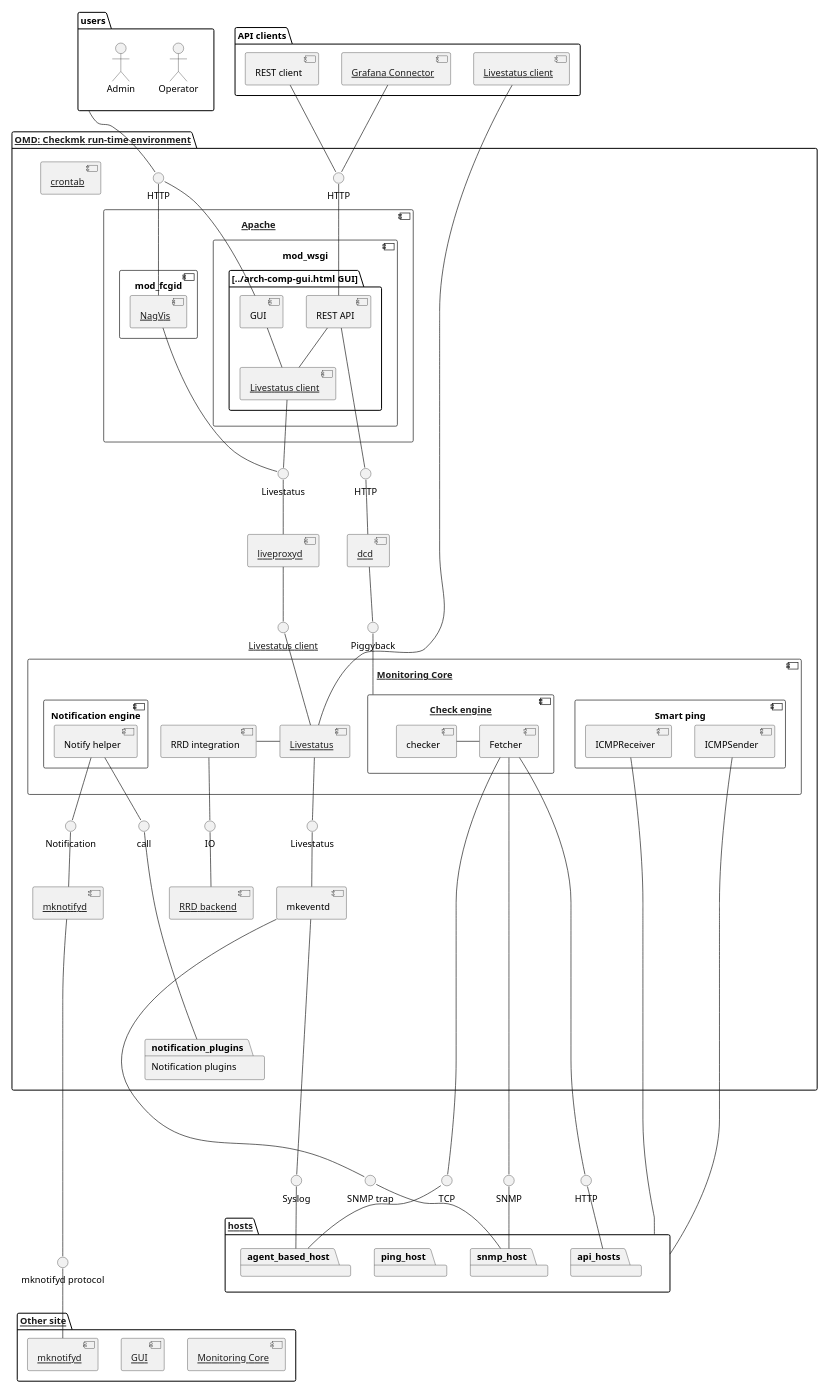
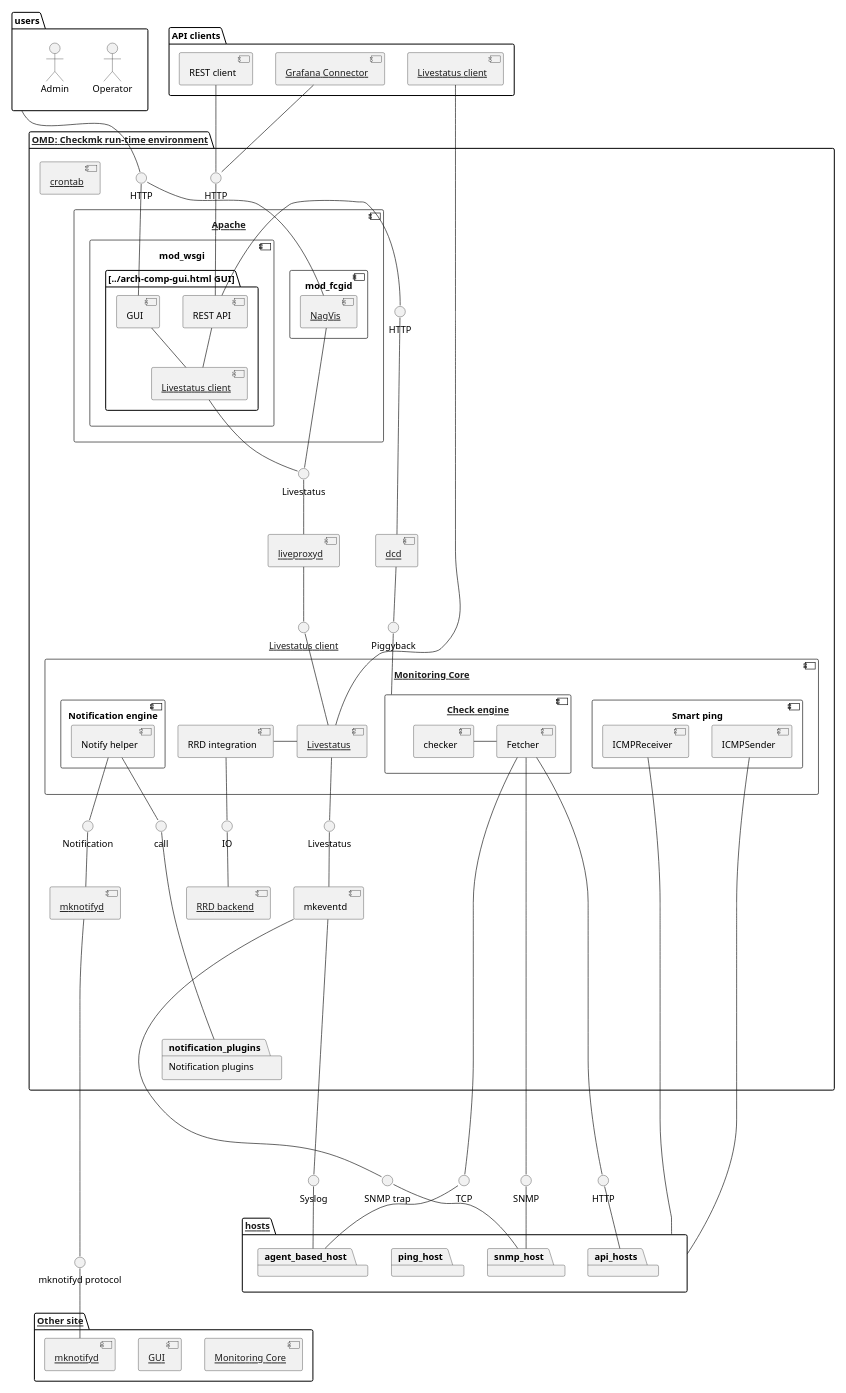
Before and after one commit to Checkmk/checkmk: the diagram in doc/documentation/topology.puml, drawn with PlantUML. The commit also changed 7 other files, not shown here.

```diff
--- a/doc/documentation/topology.puml
+++ b/doc/documentation/topology.puml
@@ -1,147 +1,147 @@
 @startuml
 skinparam componentStyle uml2
 skinparam monochrome true
 ' Remove shadows
 skinparam shadowing false
 scale 0.6
 
 package users {
     actor "Operator" as operator
     actor "Admin" as admin
 }
 
 package "API clients" as api_clients {
     component "[[../arch-comp-grafana-connector.html Grafana Connector]]" as grafana_connector
     component "REST client" as rest_api_client
     component "[[../arch-comp-livestatus-client.html Livestatus client]]" as external_livestatus_client
 }
 
 package "[[../arch-comp-omd.html OMD: Checkmk run-time environment]]" as omd {
     interface HTTP as http_gui
     interface HTTP as http_rest_api
     component "[[../arch-comp-apache.html Apache]]" as apache {
         component "mod_wsgi" as mod_wsgi {
             package "[[../arch-comp-gui.html GUI]]" {
                 component GUI
                 component "REST API" as rest_api
                 component "[[../arch-comp-livestatus-client.html Livestatus client]]" as apache_livestatus_client
             }
         }
         component mod_fcgid {
             component "[[../arch-comp-nagvis.html NagVis]]" as nagvis
         }
     }
     interface Livestatus as apache_livestatus
 
     component "[[../arch-comp-core.html Monitoring Core]]" as cmc {
         component "RRD integration" as rrd_integration
         component "[[../arch-comp-livestatus.html Livestatus]]" as cmc_livestatus_server
         component "[[../arch-comp-checkengine.html Check engine]]" as check_engine {
             component checker
             component Fetcher
         }
         component "Smart ping" as smart_ping {
             component ICMPReceiver
             component ICMPSender
         }
         component "Notification engine" as cmc_notify {
             component "Notify helper" as notify_helper
         }
     }
     interface "call" as call_notification_plugins
 
     component "[[../arch-comp-crontab.html crontab]]" as crontab
 
     component "[[../arch-comp-liveproxyd.html liveproxyd]]" as liveproxyd
     interface "[[../arch-comp-livestatus-client.html Livestatus client]]" as liveproxyd_livestatus_client
 
     component "[[../arch-comp-dcd.html dcd]]" as dcd
     interface "HTTP" as dcd_web_api_client
     interface Piggyback as dcd_piggyback
 
     component mkeventd
     interface Livestatus as mkeventd_livestatus
 
     component "[[../arch-comp-mknotifyd.html mknotifyd]]" as mknotifyd
     interface Notification as mknotifyd_notification
 
     component "[[../arch-comp-rrd-backend.html RRD backend]]" as rrd_backend
     interface "IO" as rrd_io
 
     package "Notification plugins" as notification_plugins
 }
 
 package "[[../arch-comp-distributed.html Other site]]" as other_site {
     component "[[../arch-comp-core.html Monitoring Core]]" as cmc_other_site
     component "[[../arch-comp-gui.html GUI]]" as gui_other_site
     component "[[../arch-comp-mknotifyd.html mknotifyd]]" as mknotifyd_other_site
 }
 interface "mknotifyd protocol" as mknotifyd_protocol
 
 package "[[../arch-comp-hosts.html hosts]]" as hosts {
     package agent_based_host
     package snmp_host
     package ping_host
     package api_hosts
 }
 interface TCP
 interface Syslog
 interface SNMP
 interface "SNMP trap" as trap
 interface HTTP as api_hosts_http
 
-users -d- http_gui
-rest_api_client -d- http_rest_api
-grafana_connector -d- http_rest_api
+users -- http_gui
+rest_api_client -- http_rest_api
+grafana_connector -- http_rest_api
 
-http_gui -d- GUI
-http_gui -d- nagvis
-http_rest_api -d- rest_api
+http_gui -- GUI
+http_gui -- nagvis
+http_rest_api -- rest_api
 
-GUI -d- apache_livestatus_client
-rest_api -d- apache_livestatus_client
-apache_livestatus_client -d- apache_livestatus
-nagvis -d- apache_livestatus
-apache_livestatus -d- liveproxyd
+GUI -- apache_livestatus_client
+rest_api -- apache_livestatus_client
+apache_livestatus_client -- apache_livestatus
+nagvis -- apache_livestatus
+apache_livestatus -- liveproxyd
 
-liveproxyd -d- liveproxyd_livestatus_client
-liveproxyd_livestatus_client -d- cmc_livestatus_server
+liveproxyd -- liveproxyd_livestatus_client
+liveproxyd_livestatus_client -- cmc_livestatus_server
 
-dcd -u- dcd_web_api_client
-dcd -d- dcd_piggyback
-dcd_web_api_client -l- rest_api
-dcd_piggyback -d- check_engine
+dcd_web_api_client -- dcd
+dcd -- dcd_piggyback
+dcd_web_api_client - rest_api
+dcd_piggyback -- check_engine
 
 ' Help visualization
 notify_helper -[hidden]r-> rrd_integration
-rrd_integration -r- cmc_livestatus_server
-checker -r- Fetcher
+rrd_integration - cmc_livestatus_server
+checker - Fetcher
 
-external_livestatus_client -d- cmc_livestatus_server
-Fetcher -d----- TCP
-Fetcher -d----- SNMP
-Fetcher -d----- api_hosts_http
-TCP -d- agent_based_host
-SNMP -d- snmp_host
-api_hosts_http -d- api_hosts
-ICMPSender -d---- hosts
-ICMPReceiver -d---- hosts
+external_livestatus_client -- cmc_livestatus_server
+Fetcher ------ TCP
+Fetcher ------ SNMP
+Fetcher ------ api_hosts_http
+TCP -- agent_based_host
+SNMP -- snmp_host
+api_hosts_http -- api_hosts
+ICMPSender ----- hosts
+ICMPReceiver ----- hosts
 
-rrd_integration -d- rrd_io
-rrd_io -d- rrd_backend
+rrd_integration -- rrd_io
+rrd_io -- rrd_backend
 
-notify_helper -d- call_notification_plugins
-call_notification_plugins -d---- notification_plugins
-notify_helper -d- mknotifyd_notification
-mknotifyd_notification -d- mknotifyd
-mknotifyd -d------ mknotifyd_protocol
-mknotifyd_protocol -d- mknotifyd_other_site
+notify_helper -- call_notification_plugins
+call_notification_plugins ----- notification_plugins
+notify_helper -- mknotifyd_notification
+mknotifyd_notification -- mknotifyd
+mknotifyd ------- mknotifyd_protocol
+mknotifyd_protocol -- mknotifyd_other_site
 
-cmc_livestatus_server -d- mkeventd_livestatus
-mkeventd_livestatus -d- mkeventd
-mkeventd -d-- Syslog
-Syslog -d- agent_based_host
-mkeventd -d----- trap
-trap -d- snmp_host
+cmc_livestatus_server -- mkeventd_livestatus
+mkeventd_livestatus -- mkeventd
+mkeventd --- Syslog
+Syslog -- agent_based_host
+mkeventd ------ trap
+trap -- snmp_host
 
 @enduml
```
